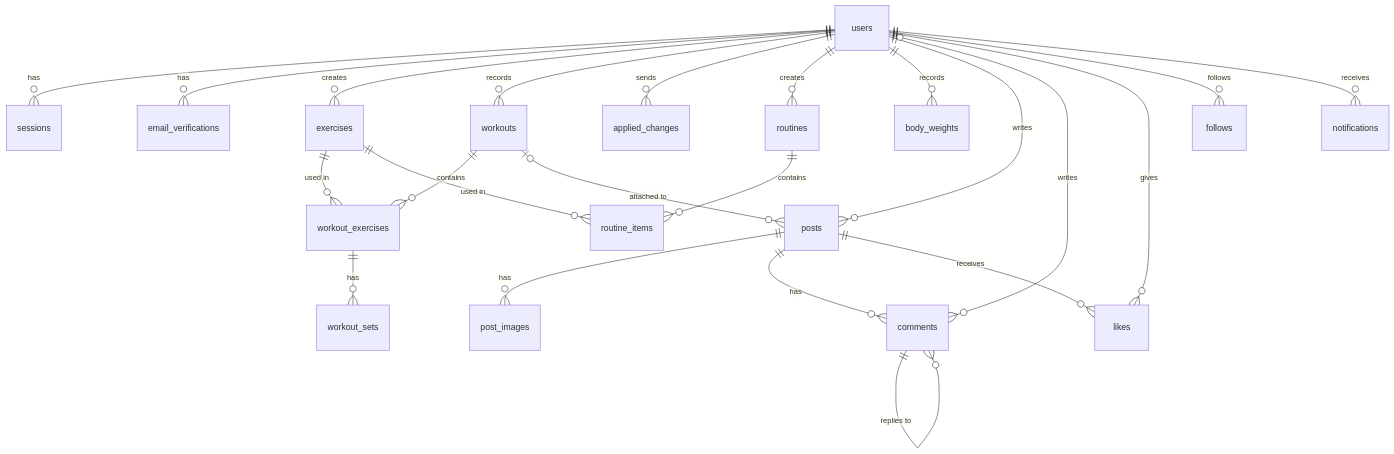
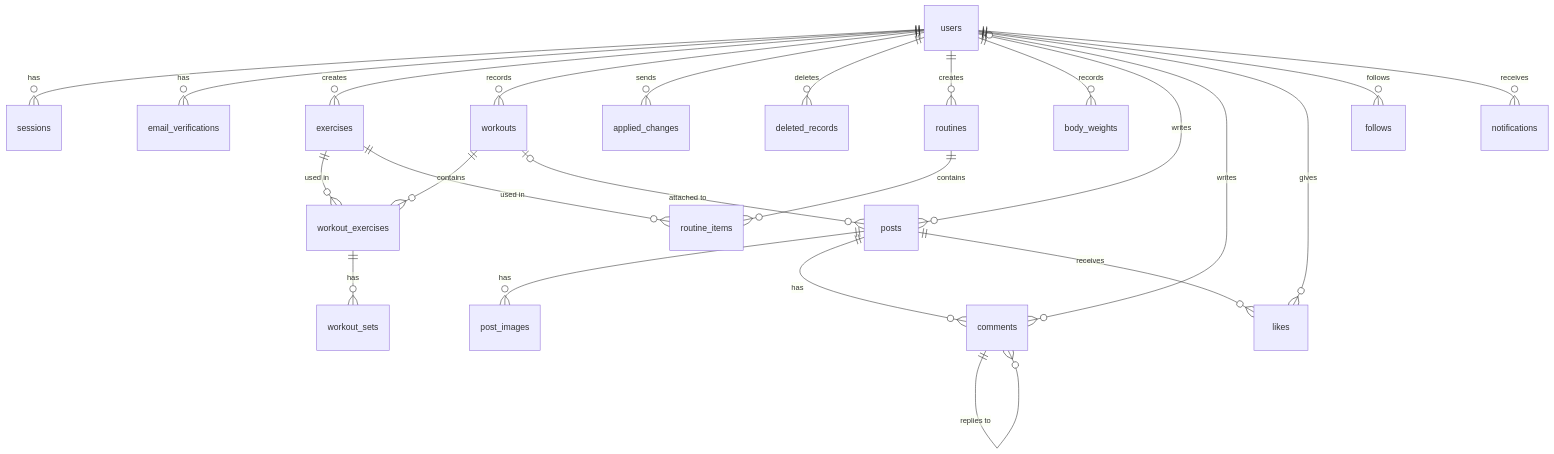
The diagram in docs/05_data-model.md (626kouga-code/workout-log), drawn with Mermaid before and after one commit. The commit also changed other lines of this file and 19 other files, not shown here.

````diff
--- a/docs/05_data-model.md
+++ b/docs/05_data-model.md
@@ -33,25 +33,26 @@
 ```mermaid
 erDiagram
     users ||--o{ sessions : has
     users ||--o{ email_verifications : has
     users ||--o{ exercises : creates
     users ||--o{ workouts : records
     workouts ||--o{ workout_exercises : contains
     exercises ||--o{ workout_exercises : "used in"
     workout_exercises ||--o{ workout_sets : has
     users ||--o{ applied_changes : sends
+    users ||--o{ deleted_records : deletes
     users ||--o{ routines : creates
     routines ||--o{ routine_items : contains
     exercises ||--o{ routine_items : "used in"
     users ||--o{ body_weights : records
     users ||--o{ posts : writes
     workouts |o--o{ posts : "attached to"
     posts ||--o{ post_images : has
     posts ||--o{ comments : has
     comments ||--o{ comments : "replies to"
     users |o--o{ comments : writes
     users ||--o{ likes : gives
     posts ||--o{ likes : receives
     users ||--o{ follows : follows
     users ||--o{ notifications : receives
 ```
````
